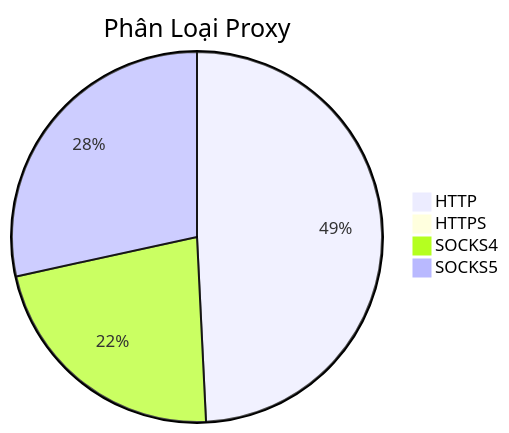
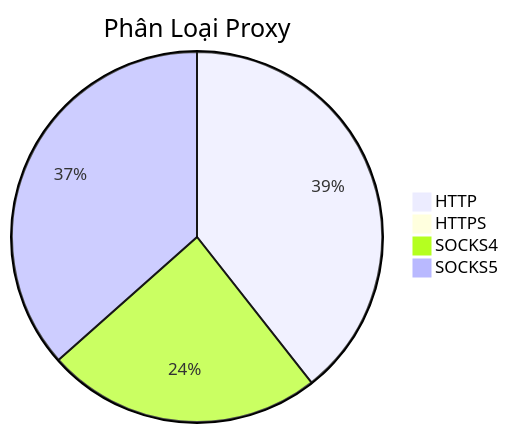
One commit to Ciara-12/PROXY-free changed the diagram in README.md. Above: the diagram before and after it, drawn with Mermaid. The commit also changed other lines of this file and 3 other files, not shown here.

````diff
--- a/README.md
+++ b/README.md
@@ -26,7 +26,7 @@
 ```mermaid
 pie title Phân Loại Proxy
-    "HTTP" : 601
+    "HTTP" : 403
     "HTTPS" : 0
-    "SOCKS4" : 273
-    "SOCKS5" : 347
+    "SOCKS4" : 246
+    "SOCKS5" : 374
 ```
````
